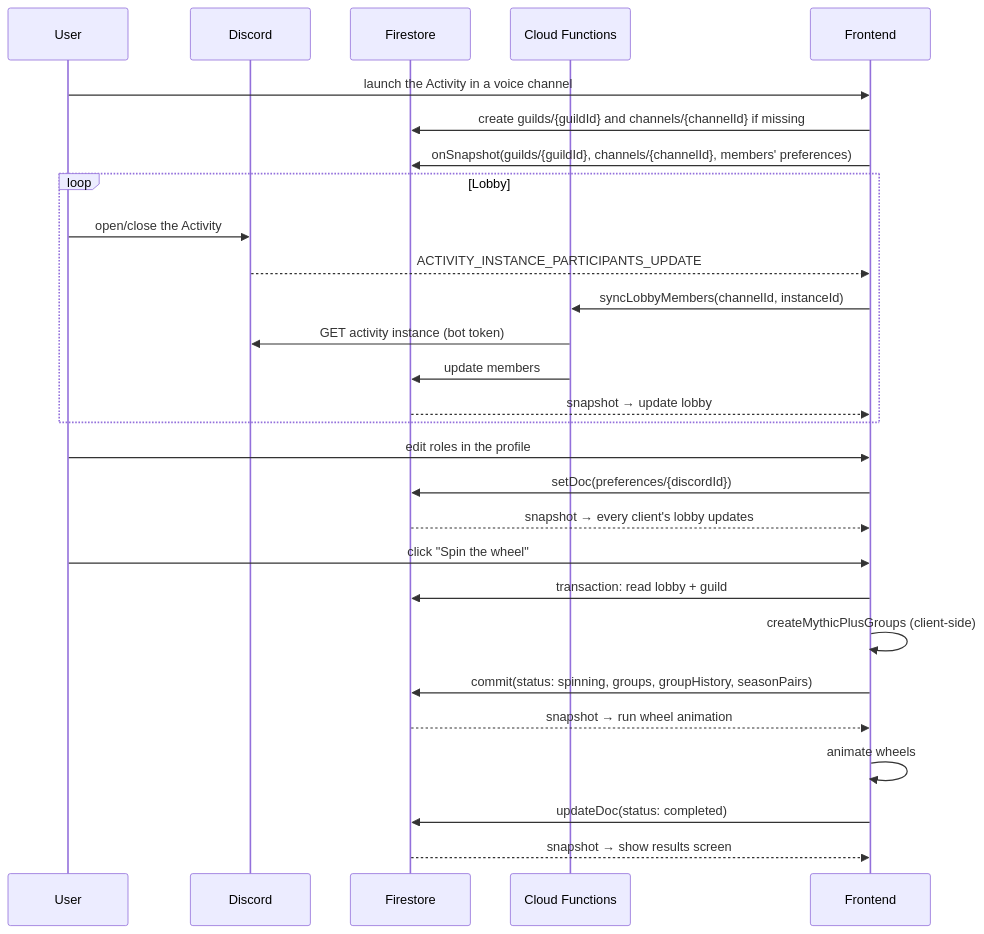
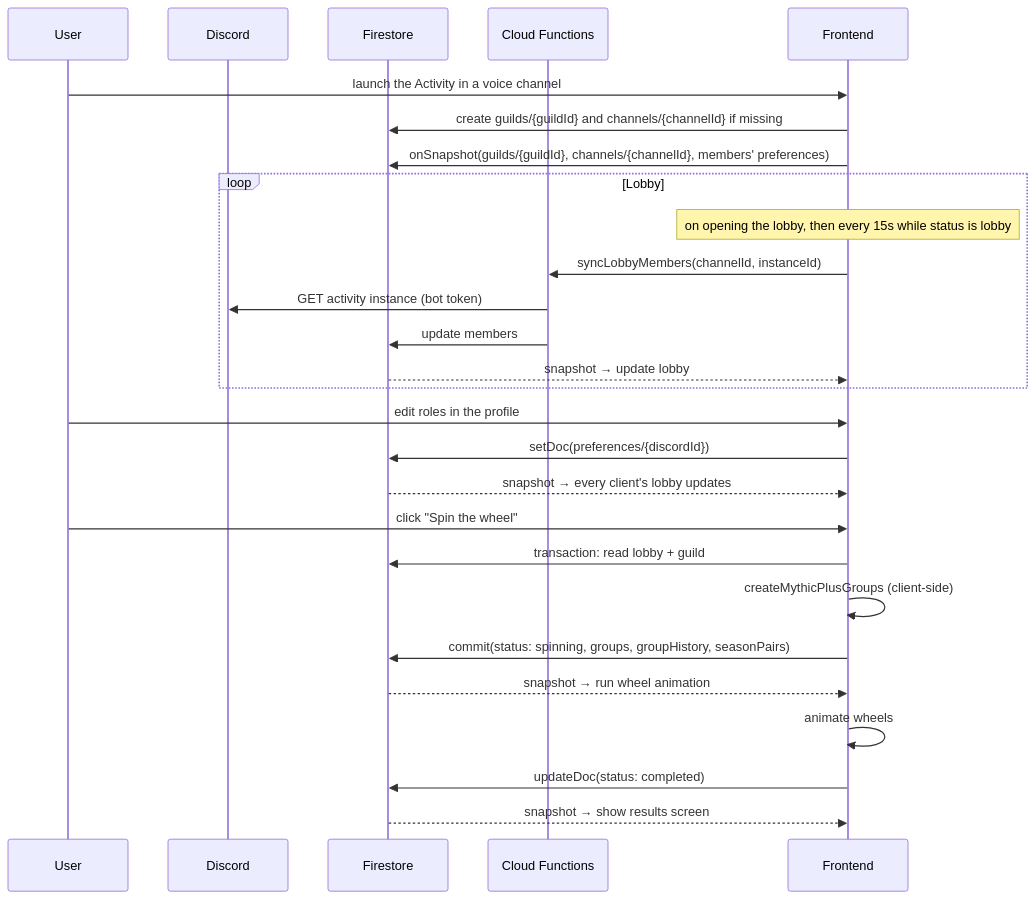
The fourth of 5 diagrams in ARCHITECTURE.md (TytaniumDev/MythicPlusDiscordBot), drawn with Mermaid before and after one commit. The commit also changed other lines of this file and 8 other files, not shown here.

First line of the commit message:
fix(activity): sync the lobby roster without the SDK participant calls (#682)

````diff
--- a/ARCHITECTURE.md
+++ b/ARCHITECTURE.md
@@ -227,34 +227,33 @@
 ```mermaid
 sequenceDiagram
     participant User
     participant Discord
     participant Firestore
     participant Functions as Cloud Functions
     participant Frontend
 
     User->>Frontend: launch the Activity in a voice channel
     Frontend->>Firestore: create guilds/{guildId} and channels/{channelId} if missing
     Frontend->>Firestore: onSnapshot(guilds/{guildId}, channels/{channelId}, members' preferences)
 
     loop Lobby
-        User->>Discord: open/close the Activity
-        Discord-->>Frontend: ACTIVITY_INSTANCE_PARTICIPANTS_UPDATE
+        Note over Frontend: on opening the lobby, then every 15s while status is lobby
         Frontend->>Functions: syncLobbyMembers(channelId, instanceId)
         Functions->>Discord: GET activity instance (bot token)
         Functions->>Firestore: update members
         Firestore-->>Frontend: snapshot → update lobby
     end
 
     User->>Frontend: edit roles in the profile
     Frontend->>Firestore: setDoc(preferences/{discordId})
     Firestore-->>Frontend: snapshot → every client's lobby updates
 
     User->>Frontend: click "Spin the wheel"
     Frontend->>Firestore: transaction: read lobby + guild
     Frontend->>Frontend: createMythicPlusGroups (client-side)
     Frontend->>Firestore: commit(status: spinning, groups, groupHistory, seasonPairs)
     Firestore-->>Frontend: snapshot → run wheel animation
     Frontend->>Frontend: animate wheels
     Frontend->>Firestore: updateDoc(status: completed)
     Firestore-->>Frontend: snapshot → show results screen
 ```
````
